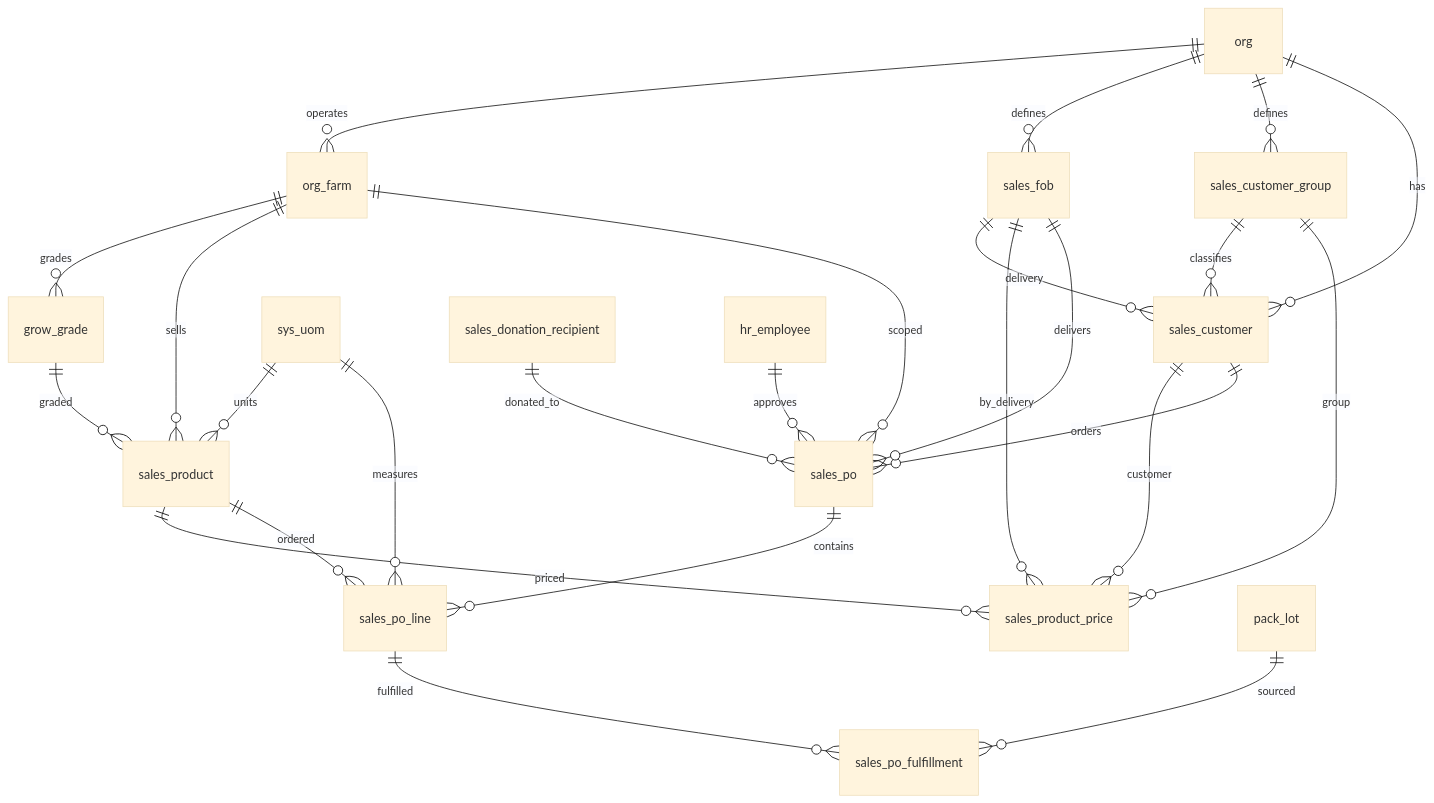
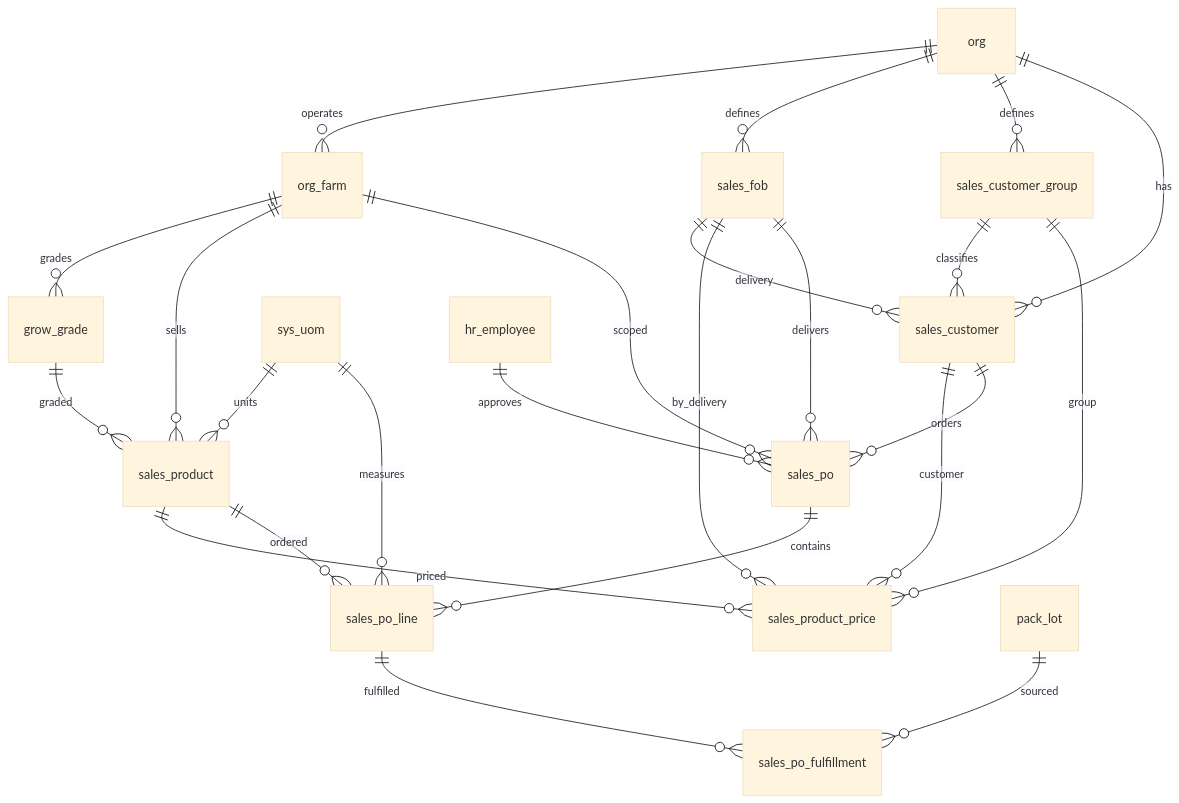
One commit to Hawaii-Farming/aloha-app changed the diagram in docs/schemas/20260324_08_sales.md. Above: the diagram before and after it, drawn with Mermaid (base theme). The commit also changed other lines of this file and 4 other files, not shown here.

First line of the commit message:
Delete sales_donation_recipient, reorder customer fields, remove sale_uom from po_line

````diff
--- a/docs/schemas/20260324_08_sales.md
+++ b/docs/schemas/20260324_08_sales.md
@@ -9,27 +9,26 @@
 ```mermaid
 erDiagram
     org ||--o{ org_farm : operates
     org ||--o{ sales_fob : defines
     org ||--o{ sales_customer_group : defines
     org ||--o{ sales_customer : has
     sales_customer_group ||--o{ sales_customer : classifies
     sales_fob ||--o{ sales_customer : delivery
     org_farm ||--o{ grow_grade : grades
     org_farm ||--o{ sales_product : sells
     grow_grade ||--o{ sales_product : graded
     sys_uom ||--o{ sales_product : units
     sales_product ||--o{ sales_product_price : priced
     sales_fob ||--o{ sales_product_price : by_delivery
     sales_customer ||--o{ sales_product_price : customer
     sales_customer_group ||--o{ sales_product_price : group
     sales_customer ||--o{ sales_po : orders
     sales_fob ||--o{ sales_po : delivers
-    sales_donation_recipient ||--o{ sales_po : donated_to
     org_farm ||--o{ sales_po : scoped
     sales_po ||--o{ sales_po_line : contains
     sales_product ||--o{ sales_po_line : ordered
     sys_uom ||--o{ sales_po_line : measures
     sales_po_line ||--o{ sales_po_fulfillment : fulfilled
     pack_lot ||--o{ sales_po_fulfillment : sourced
     hr_employee ||--o{ sales_po : approves
 ```
````
